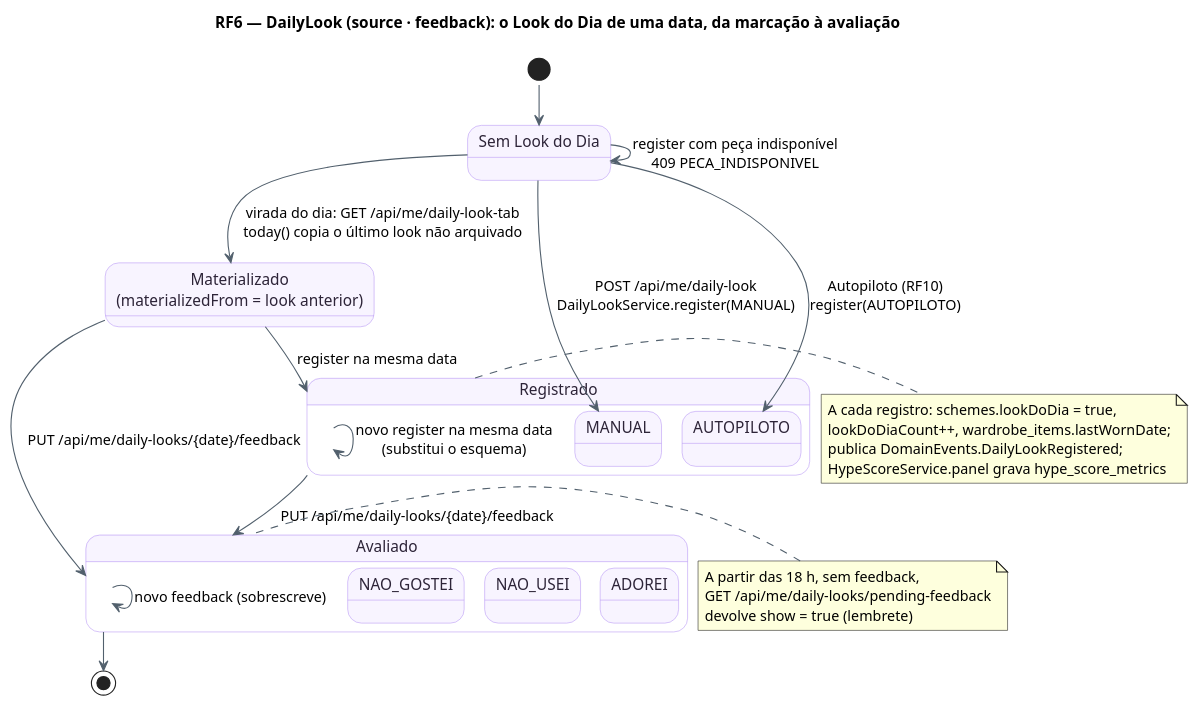
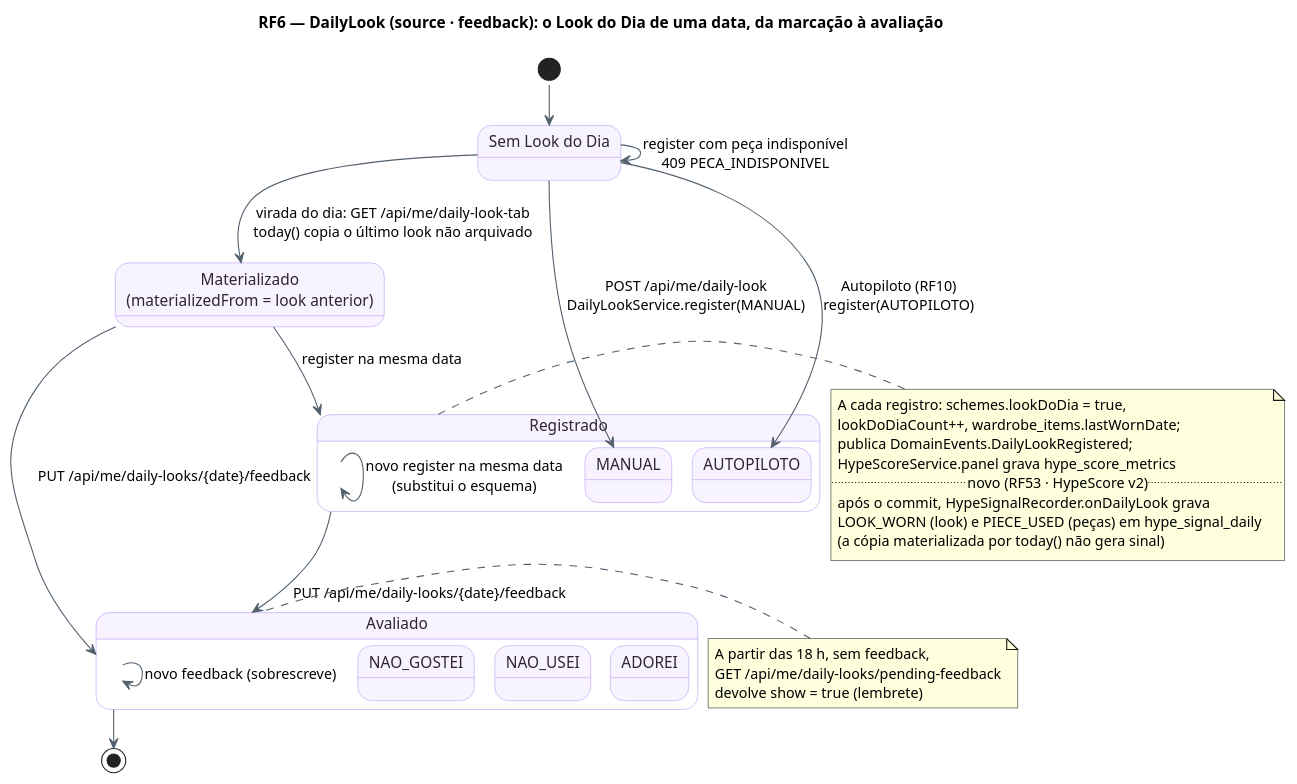
Before and after one commit to MatheusHaliski/tcc-2026-fashion-ai-backend: the diagram in docs/diagramas/RF6/RF6-maquinadeestados-lookdodia.puml, drawn with PlantUML. The commit also changed 72 other files, not shown here.

```diff
--- a/docs/diagramas/RF6/RF6-maquinadeestados-lookdodia.puml
+++ b/docs/diagramas/RF6/RF6-maquinadeestados-lookdodia.puml
@@ -1,46 +1,50 @@
 @startuml RF6_MaquinaDeEstados_LookDoDia
 !pragma layout smetana
 title RF6 — DailyLook (source · feedback): o Look do Dia de uma data, da marcação à avaliação
 skinparam backgroundColor #FFFFFF
 skinparam state {
   BackgroundColor #F8F4FF
   BorderColor #B695F5
   FontColor #2D2438
   ArrowColor #52606D
 }
 state "Sem Look do Dia" as Vazio
 state "Registrado" as Reg {
   state "MANUAL" as Manual
   state "AUTOPILOTO" as Auto
 }
 state "Materializado\n(materializedFrom = look anterior)" as Mat
 state "Avaliado" as Aval {
   state "ADOREI" as Adorei
   state "NAO_USEI" as NaoUsei
   state "NAO_GOSTEI" as NaoGostei
 }
 
 [*] --> Vazio
 Vazio --> Manual : POST /api/me/daily-look\nDailyLookService.register(MANUAL)
 Vazio --> Auto : Autopiloto (RF10)\nregister(AUTOPILOTO)
 Vazio --> Mat : virada do dia: GET /api/me/daily-look-tab\ntoday() copia o último look não arquivado
 Vazio --> Vazio : register com peça indisponível\n409 PECA_INDISPONIVEL
 Reg --> Reg : novo register na mesma data\n(substitui o esquema)
 Mat --> Reg : register na mesma data
 Reg --> Aval : PUT /api/me/daily-looks/{date}/feedback
 Mat --> Aval : PUT /api/me/daily-looks/{date}/feedback
 Aval --> Aval : novo feedback (sobrescreve)
 Aval --> [*]
 
 note right of Reg
   A cada registro: schemes.lookDoDia = true,
   lookDoDiaCount++, wardrobe_items.lastWornDate;
   publica DomainEvents.DailyLookRegistered;
   HypeScoreService.panel grava hype_score_metrics
+  ..novo (RF53 · HypeScore v2)..
+  após o commit, HypeSignalRecorder.onDailyLook grava
+  LOOK_WORN (look) e PIECE_USED (peças) em hype_signal_daily
+  (a cópia materializada por today() não gera sinal)
 end note
 note left of Aval
   A partir das 18 h, sem feedback,
   GET /api/me/daily-looks/pending-feedback
   devolve show = true (lembrete)
 end note
 @enduml
```
